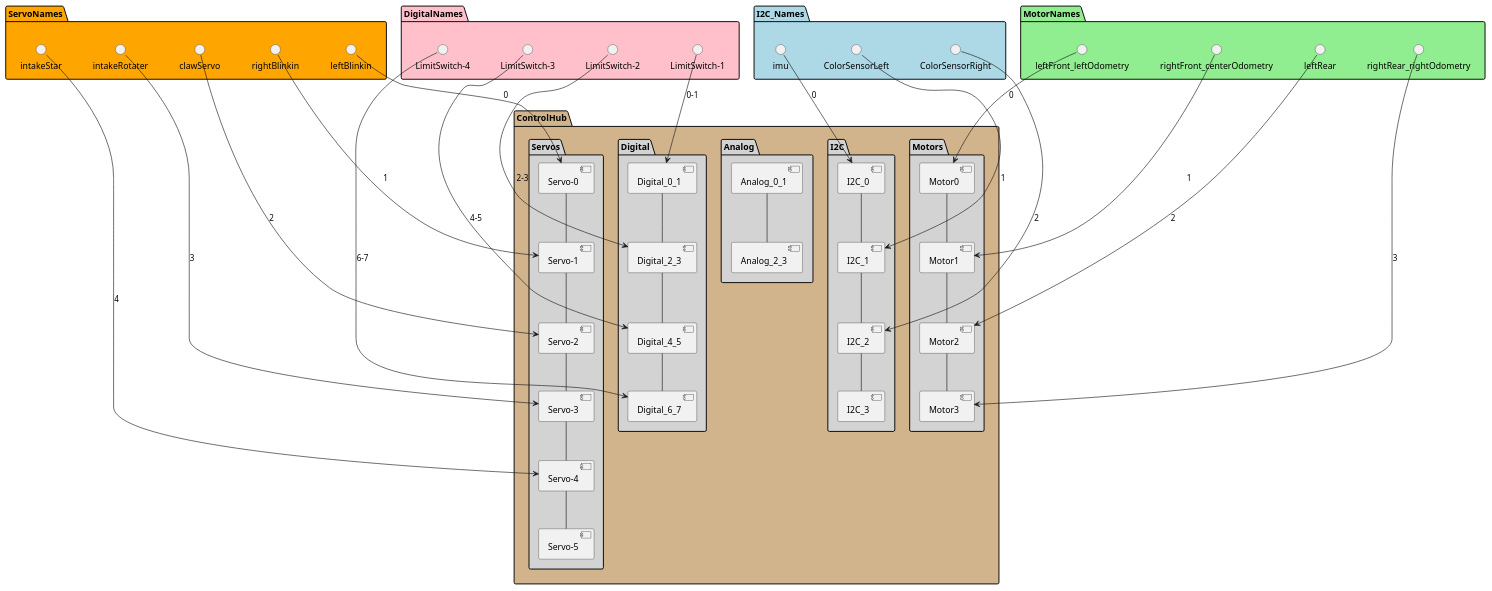
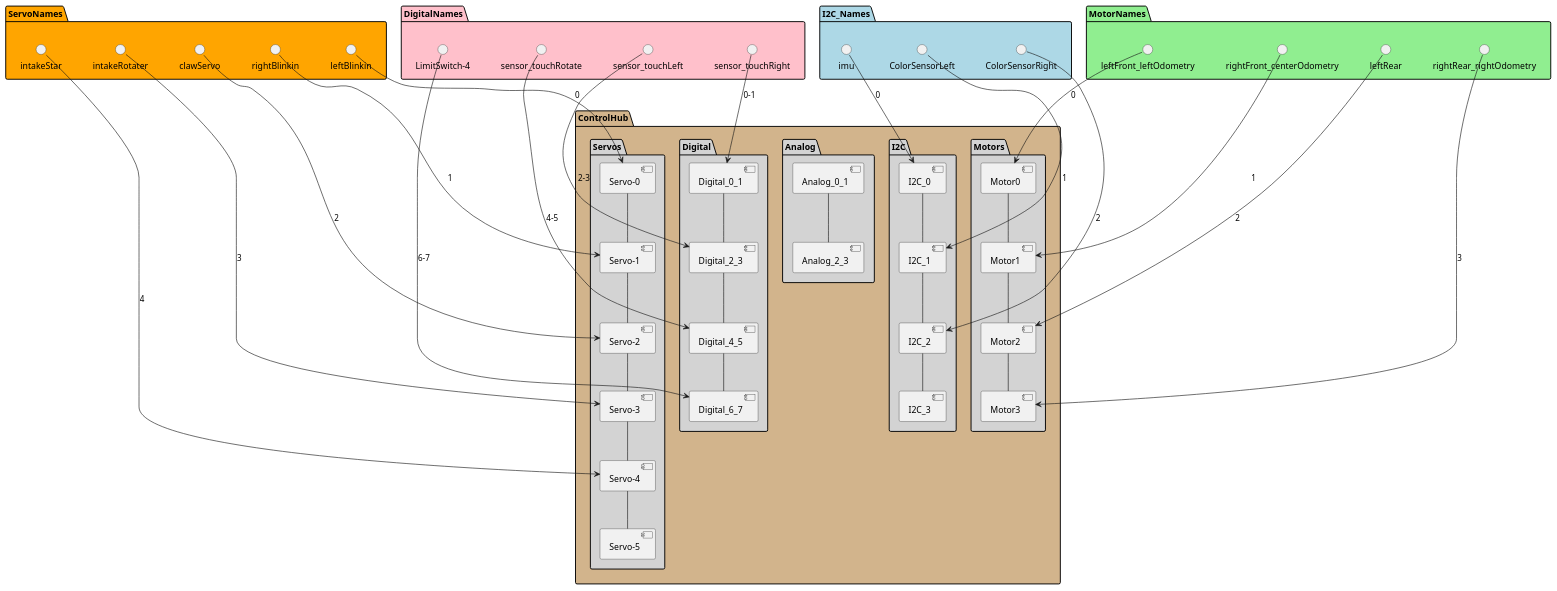
The diagram in TeamCode/src/main/java/org/firstinspires/ftc/teamcode/Geronimo/Diagrams/Configuration_ControlHub.puml (ShearForce-Software/ShearForce-Into-the-Deep-10.0), drawn with PlantUML before and after one commit. The commit also changed 5 other files, not shown here.

Commit message:
Finished test four arm motor/ limit switch class. updated config file. added touch sensors to the Geronimo class.

```diff
--- a/TeamCode/src/main/java/org/firstinspires/ftc/teamcode/Geronimo/Diagrams/Configuration_ControlHub.puml
+++ b/TeamCode/src/main/java/org/firstinspires/ftc/teamcode/Geronimo/Diagrams/Configuration_ControlHub.puml
@@ -1,66 +1,66 @@
 @startuml
 
 
 package ControlHub #Tan {
   package Motors #LightGrey {
     [Motor0] -- [Motor1]
     [Motor1] -- [Motor2]
     [Motor2] -- [Motor3]
   }
 
   package Servos #LightGrey {
    [Servo-0] -- [Servo-1]
    [Servo-1] -- [Servo-2]
    [Servo-2] -- [Servo-3]
    [Servo-3] -- [Servo-4]
    [Servo-4] -- [Servo-5]
   }
 
   package Analog #LightGrey {
    [Analog_0_1] -- [Analog_2_3]
   }
 
   package Digital #LightGrey {
    [Digital_0_1] -- [Digital_2_3]
    [Digital_2_3] -- [Digital_4_5]
    [Digital_4_5] -- [Digital_6_7]
   }
 
   package I2C #LightGrey {
    [I2C_0] -- [I2C_1]
    [I2C_1] -- [I2C_2]
    [I2C_2] -- [I2C_3]
 
   }
 }
 
 package MotorNames #LightGreen {
   () "leftFront_leftOdometry" --> [Motor0] : 0
   () "rightFront_centerOdometry" --> [Motor1] : 1
   () "leftRear" --> [Motor2] : 2
   () "rightRear_rightOdometry" --> [Motor3] : 3
 }
 
 package ServoNames #Orange {
   () "leftBlinkin" --> [Servo-0] : 0
   () "rightBlinkin" --> [Servo-1] : 1
   () "clawServo" --> [Servo-2] : 2
   () "intakeRotater" --> [Servo-3] : 3
   () "intakeStar" --> [Servo-4] : 4
 }
 
 package DigitalNames #Pink {
-  () "LimitSwitch-1" --> [Digital_0_1] : 0-1
-  () "LimitSwitch-2" --> [Digital_2_3] : 2-3
-  () "LimitSwitch-3" --> [Digital_4_5] : 4-5
+  () "sensor_touchRight" --> [Digital_0_1] : 0-1
+  () "sensor_touchLeft" --> [Digital_2_3] : 2-3
+  () "sensor_touchRotate" --> [Digital_4_5] : 4-5
   () "LimitSwitch-4" --> [Digital_6_7] : 6-7
 }
 
 package I2C_Names #LightBlue {
   () "imu" --> [I2C_0] : 0
   () "ColorSensorLeft" --> [I2C_1] : 1
   () "ColorSensorRight" --> [I2C_2] : 2
 
 }
 
 @enduml
```
